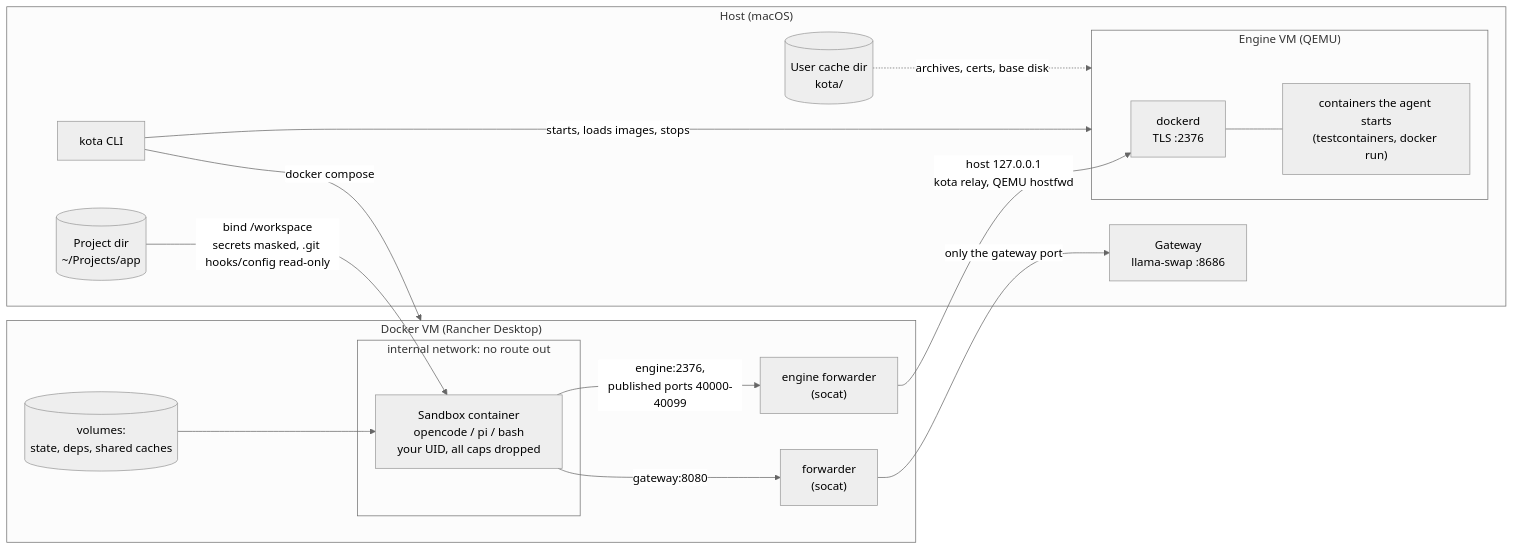
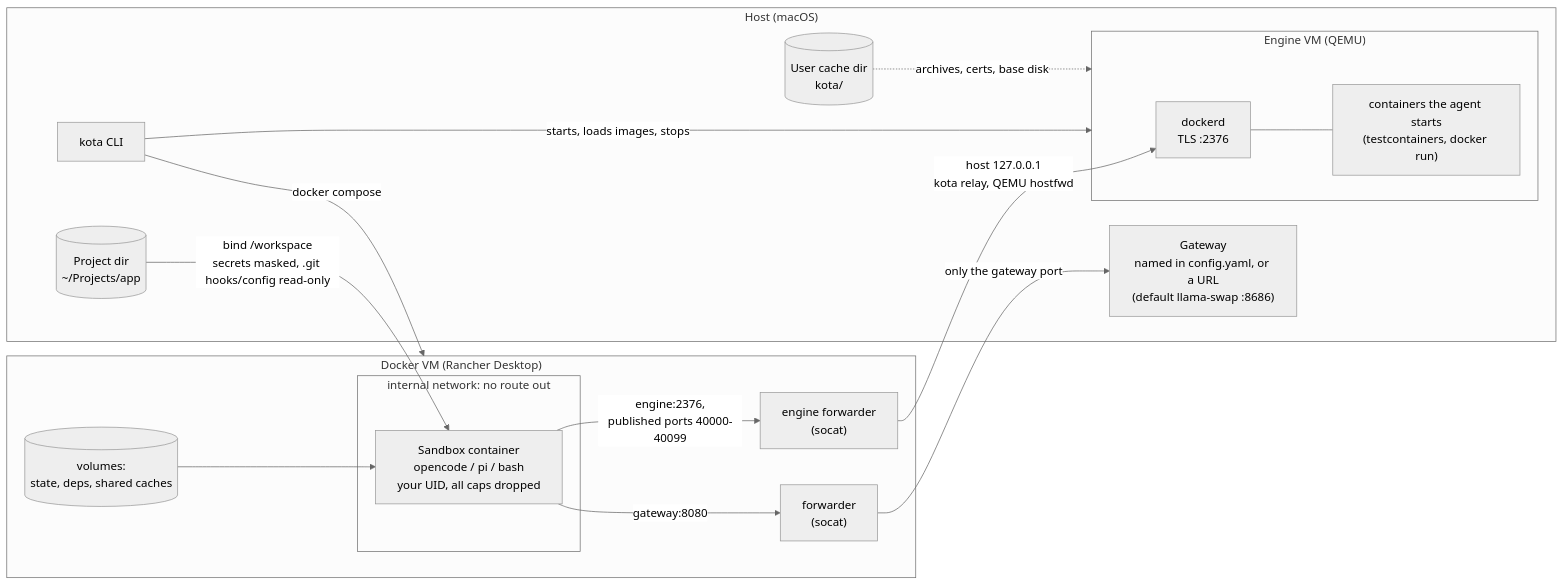
One commit to cyky/kota changed the first of 5 diagrams in docs/architecture.md. Above: the diagram before and after it, drawn with Mermaid (neutral theme). The commit also changed other lines of this file and 6 other files, not shown here.

First line of the commit message:
feat: pick a named gateway from config.yaml

````diff
--- a/docs/architecture.md
+++ b/docs/architecture.md
@@ -9,31 +9,31 @@
 ```mermaid
 flowchart LR
     subgraph host["Host (macOS)"]
         cli["kota CLI"]
-        gw["Gateway<br/>llama-swap :8686"]
+        gw["Gateway<br/>named in config.yaml, or a URL<br/>(default llama-swap :8686)"]
         project[("Project dir<br/>~/Projects/app")]
         cache[("User cache dir<br/>kota/")]
         subgraph vm["Engine VM (QEMU)"]
             dockerd["dockerd<br/>TLS :2376"]
             ctrs["containers the agent starts<br/>(testcontainers, docker run)"]
         end
     end
 
     subgraph dvm["Docker VM (Rancher Desktop)"]
         subgraph internal["internal network: no route out"]
             sandbox["Sandbox container<br/>opencode / pi / bash<br/>your UID, all caps dropped"]
         end
         fwd["forwarder<br/>(socat)"]
         efwd["engine forwarder<br/>(socat)"]
         vols[("volumes:<br/>state, deps, shared caches")]
     end
 
     sandbox -- "gateway:8080" --> fwd -- "only the gateway port" --> gw
     sandbox -- "engine:2376,<br/>published ports 40000-40099" --> efwd -- "host 127.0.0.1<br/>kota relay, QEMU hostfwd" --> dockerd
     dockerd --- ctrs
     project -- "bind /workspace<br/>secrets masked, .git hooks/config read-only" --> sandbox
     vols --> sandbox
     cli -- "docker compose" --> dvm
     cli -- "starts, loads images, stops" --> vm
     cache -. "archives, certs, base disk" .-> vm
 ```
````
